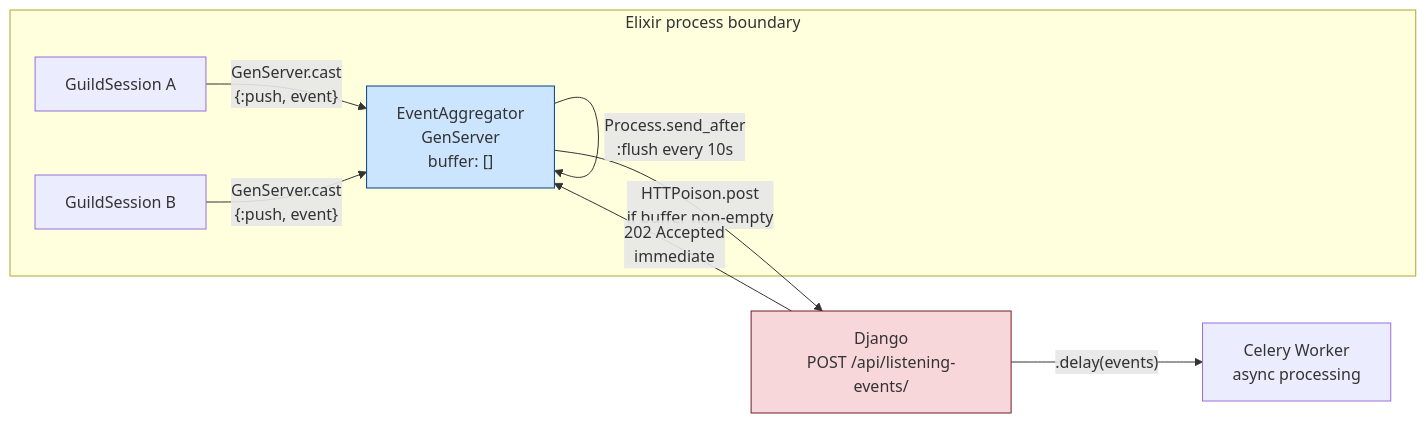
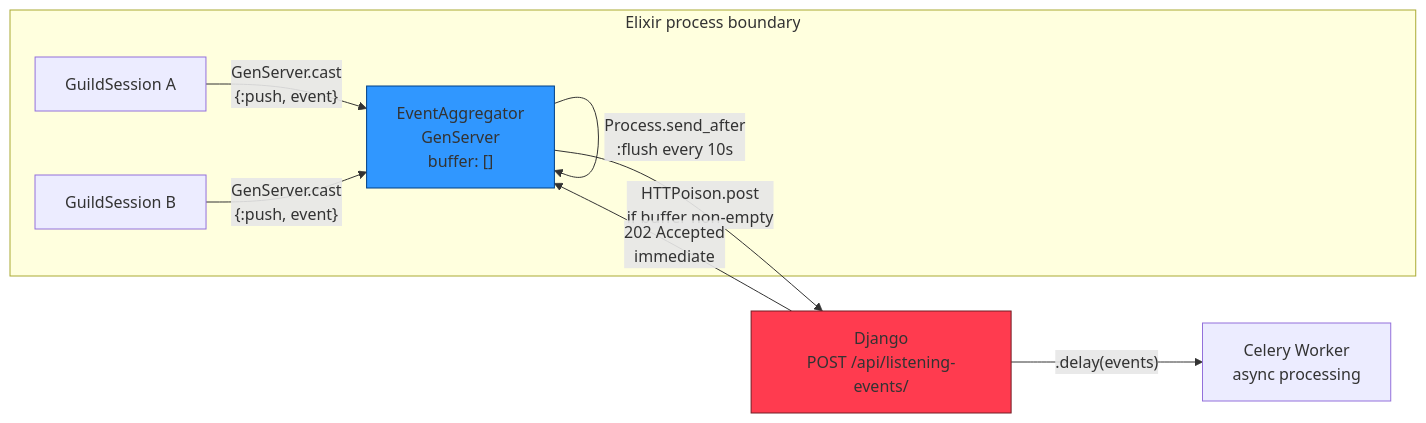
Before and after one commit to willh-simpson/discord-music-bot: the fifth of 10 diagrams in docs/system-architecture.md, drawn with Mermaid. The commit also changed other lines of this file, not shown here.

Commit message:
More text-friendly colors for colored blocks in system-architecture.md

````diff
--- a/docs/system-architecture.md
+++ b/docs/system-architecture.md
@@ -170,22 +170,22 @@
 ```mermaid
 graph LR
     subgraph "Elixir process boundary"
         GS1["GuildSession A"]
         GS2["GuildSession B"]
         EA["EventAggregator\nGenServer\nbuffer: []"]
     end
 
     GS1 -->|"GenServer.cast\n{:push, event}"| EA
     GS2 -->|"GenServer.cast\n{:push, event}"| EA
 
     EA -->|"Process.send_after\n:flush every 10s"| EA
 
     EA -->|"HTTPoison.post\nif buffer non-empty"| Django["Django\nPOST /api/listening-events/"]
 
     Django -->|"202 Accepted\nimmediate"| EA
 
     Django -->|".delay(events)"| Celery["Celery Worker\nasync processing"]
 
-    style EA fill:#cce5ff,stroke:#004085
-    style Django fill:#f8d7da,stroke:#721c24
+    style EA fill:#3097FF,stroke:#004085
+    style Django fill:#FF3B4F,stroke:#721c24
 ```
````
